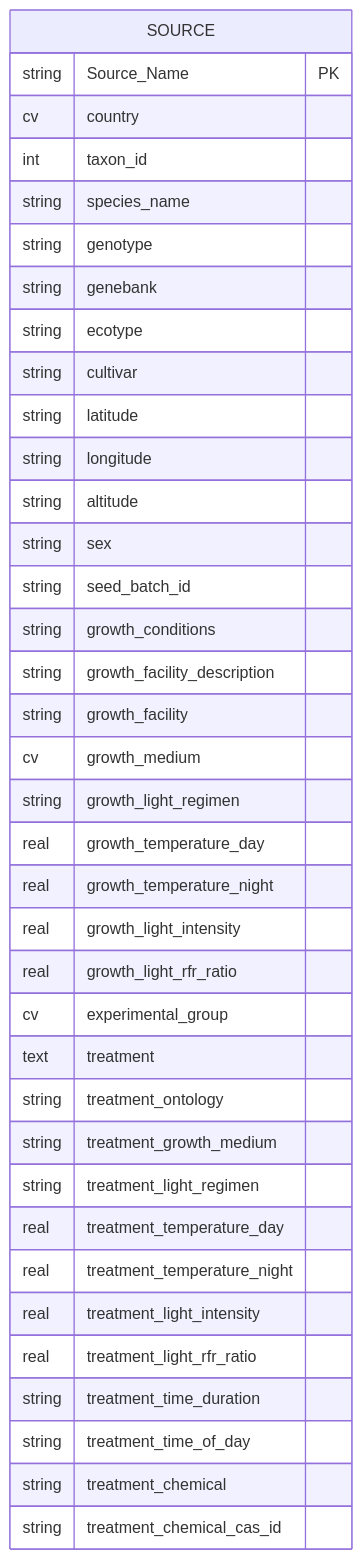
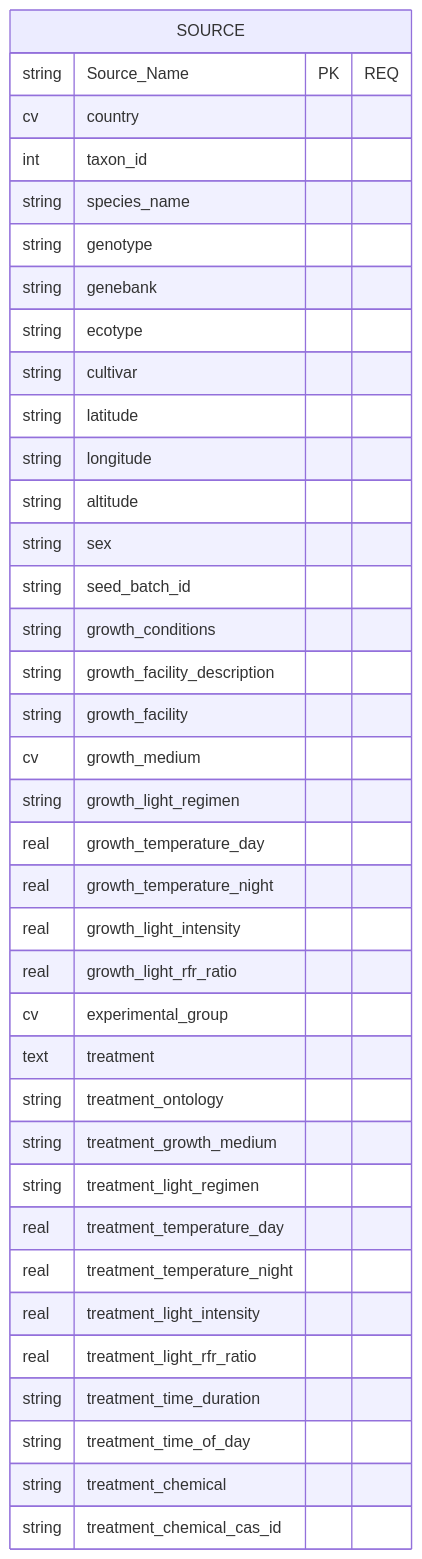
Before and after one commit to CropXR/documentation: the second of 5 diagrams in docs/concepts/metadata-model.md, drawn with Mermaid. The commit also changed other lines of this file, not shown here.

Commit message:
docs(concepts): draw the diagrams from model 1.0 as requested, not the current 1.3.0

````diff
--- a/docs/concepts/metadata-model.md
+++ b/docs/concepts/metadata-model.md
@@ -132,40 +116,40 @@
 ```mermaid
 erDiagram
     SOURCE {
-        string Source_Name PK
+        string Source_Name PK "REQ"
         cv country
         int taxon_id
         string species_name
         string genotype
         string genebank
         string ecotype
         string cultivar
         string latitude
         string longitude
         string altitude
         string sex
         string seed_batch_id
         string growth_conditions
         string growth_facility_description
         string growth_facility
         cv growth_medium
         string growth_light_regimen
         real growth_temperature_day
         real growth_temperature_night
         real growth_light_intensity
         real growth_light_rfr_ratio
         cv experimental_group
         text treatment
         string treatment_ontology
         string treatment_growth_medium
         string treatment_light_regimen
         real treatment_temperature_day
         real treatment_temperature_night
         real treatment_light_intensity
         real treatment_light_rfr_ratio
         string treatment_time_duration
         string treatment_time_of_day
         string treatment_chemical
         string treatment_chemical_cas_id
     }
 ```
````
